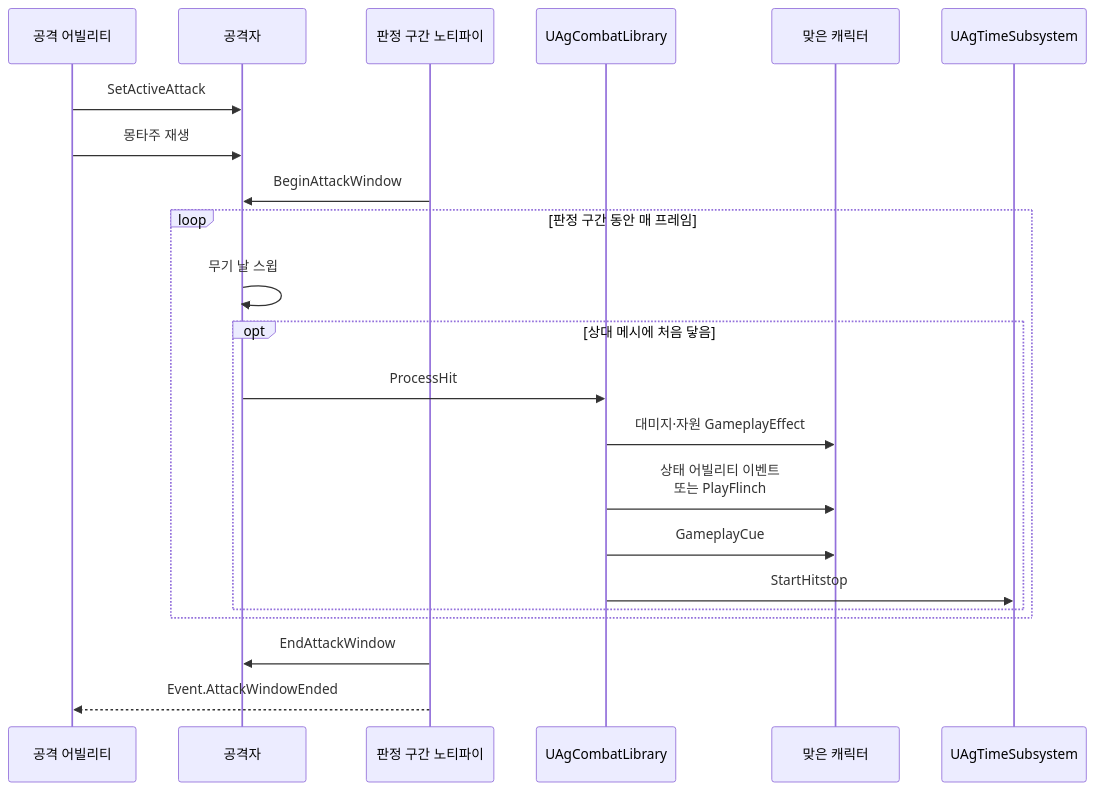
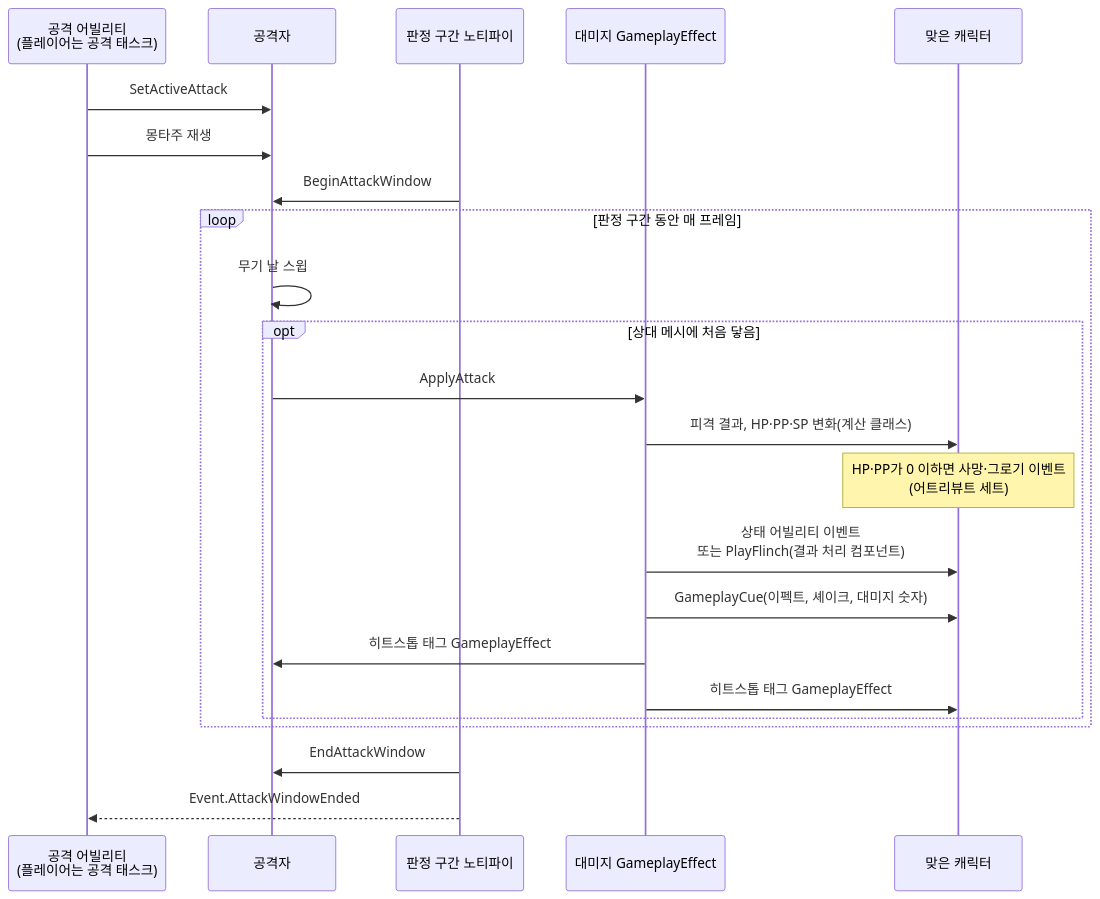
Before and after one commit to Woogl/Ag: diagram 19 of 21 in Docs/Program/클래스 구조도.md, drawn with Mermaid. The commit also changed other lines of this file and 122 other files, not shown here.

````diff
--- a/Docs/Program/클래스 구조도.md
+++ b/Docs/Program/클래스 구조도.md
@@ -628,24 +715,25 @@
 ```mermaid
 sequenceDiagram
-    participant GA as 공격 어빌리티
+    participant GA as 공격 어빌리티<br>(플레이어는 공격 태스크)
     participant A as 공격자
     participant N as 판정 구간 노티파이
-    participant L as UAgCombatLibrary
+    participant G as 대미지 GameplayEffect
     participant T as 맞은 캐릭터
-    participant TS as UAgTimeSubsystem
     GA->>A: SetActiveAttack
     GA->>A: 몽타주 재생
     N->>A: BeginAttackWindow
     loop 판정 구간 동안 매 프레임
         A->>A: 무기 날 스윕
         opt 상대 메시에 처음 닿음
-            A->>L: ProcessHit
-            L->>T: 대미지·자원 GameplayEffect
-            L->>T: 상태 어빌리티 이벤트<br>또는 PlayFlinch
-            L->>T: GameplayCue
-            L->>TS: StartHitstop
+            A->>G: ApplyAttack
+            G->>T: 피격 결과, HP·PP·SP 변화(계산 클래스)
+            Note over T: HP·PP가 0 이하면 사망·그로기 이벤트<br>(어트리뷰트 세트)
+            G->>T: 상태 어빌리티 이벤트<br>또는 PlayFlinch(결과 처리 컴포넌트)
+            G->>T: GameplayCue(이펙트, 셰이크, 대미지 숫자)
+            G->>A: 히트스톱 태그 GameplayEffect
+            G->>T: 히트스톱 태그 GameplayEffect
         end
     end
     N->>A: EndAttackWindow
     N-->>GA: Event.AttackWindowEnded
 ```
````
